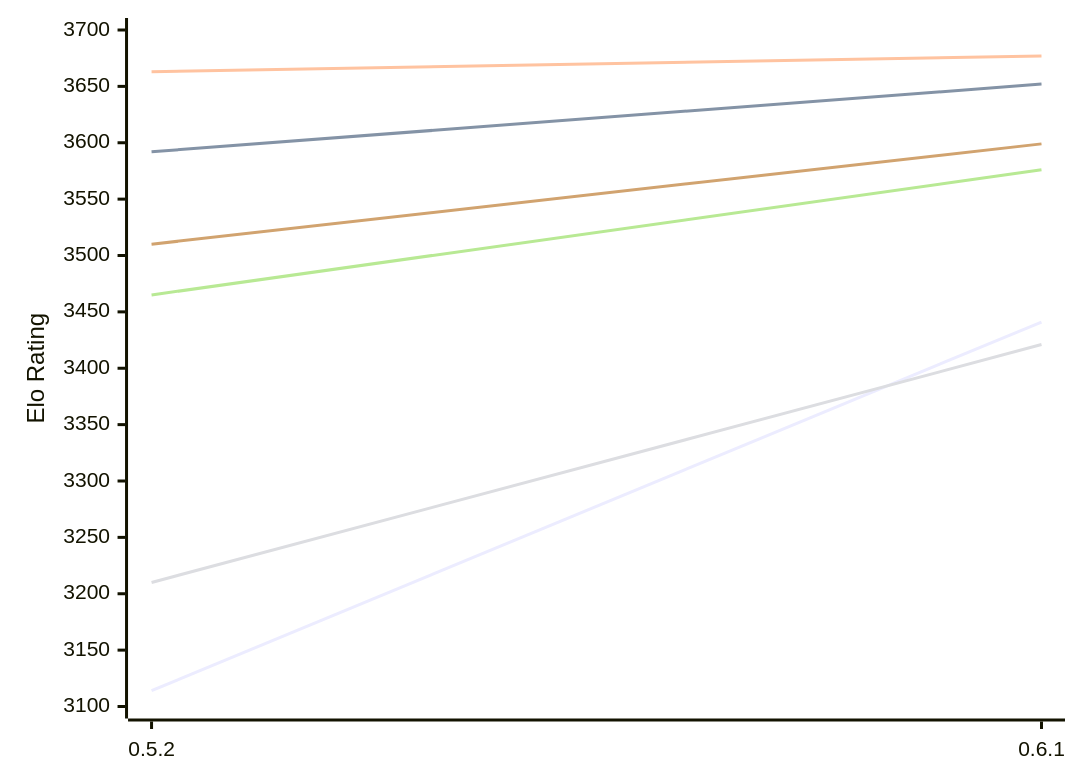
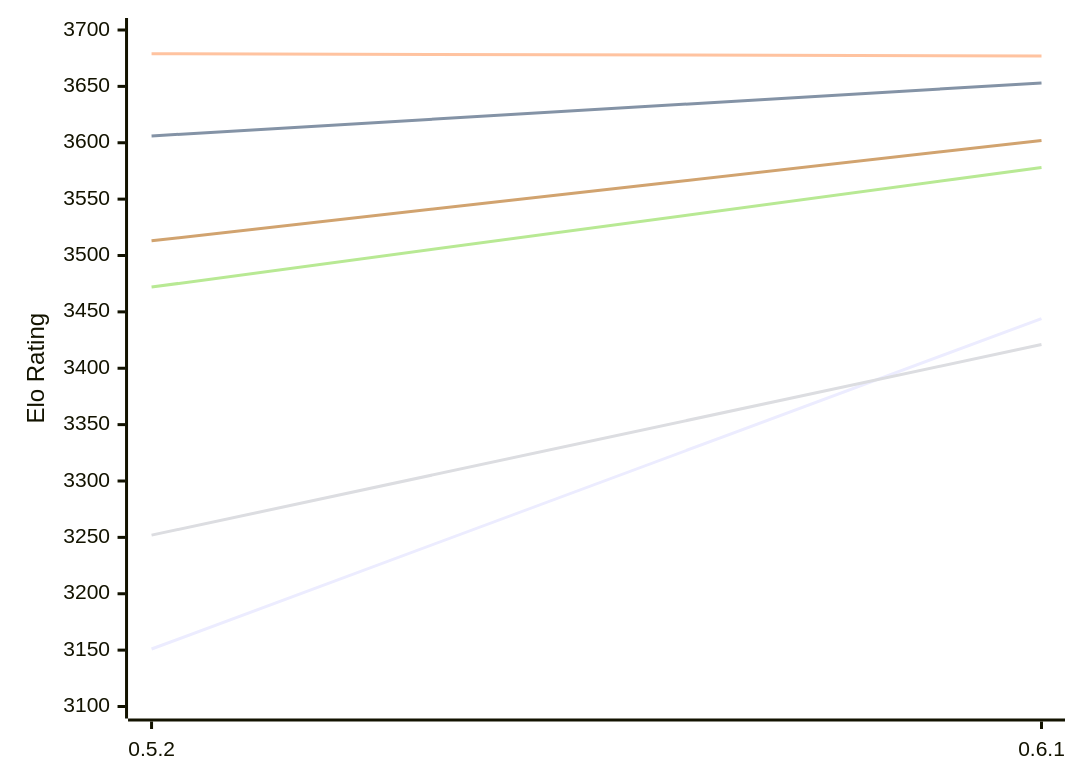
The first of 2 diagrams in engines/Cinder.md (computer-chess-index/cci), drawn with Mermaid before and after one commit. The commit also changed other lines of this file, not shown here.

Commit message:
Update CCI Ratings (ELO VLTC) - 2026-11-17

````diff
--- a/engines/Cinder.md
+++ b/engines/Cinder.md
@@ -54,12 +54,12 @@
 ```mermaid
 %%{init: {"theme":"base","themeVariables":{"seriesColors:['#a3a3a3','#222221','#faa371']}}}%%
 xychart-beta
   x-axis ["0.5.2", "0.6.1"]
   y-axis "Elo Rating" 3100 --> 3700
-  line "E1: STC (8.0+0.08s)" [3114, 3441]
-  line "E1: LTC (60.0+0.60s)" [3592, 3652]
-  line "E1: VLTC (2m24s+1.12s)" [3663, 3677]
-  line "P1: STC (8.0+0.08s)" [3210, 3421]
-  line "P1: LTC (60.0+0.60s)" [3465, 3576]
-  line "P1: VLTC (2m24s+1.12s)" [3510, 3599]
+  line "E1: STC (8.0+0.08s)" [3151, 3444]
+  line "E1: LTC (60.0+0.60s)" [3606, 3653]
+  line "E1: VLTC (2m24s+1.12s)" [3679, 3677]
+  line "P1: STC (8.0+0.08s)" [3252, 3421]
+  line "P1: LTC (60.0+0.60s)" [3472, 3578]
+  line "P1: VLTC (2m24s+1.12s)" [3513, 3602]
 ```
````
